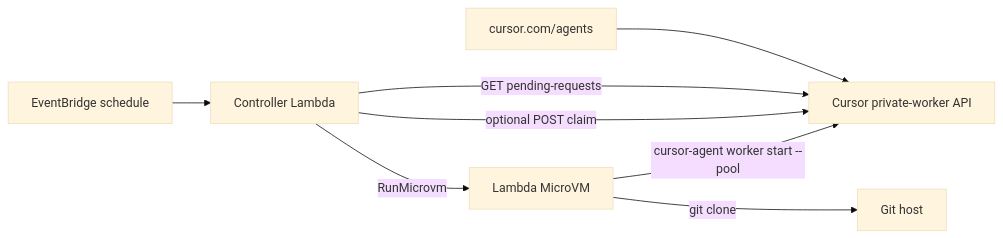
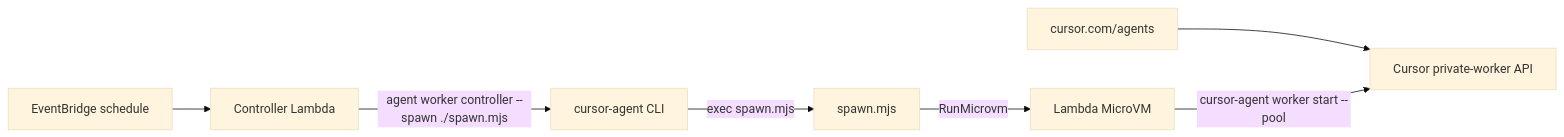
One commit to anysphere/aws-lambda-workers changed the diagram in README.md. Above: the diagram before and after it, drawn with Mermaid (base theme). The commit also changed other lines of this file and 24 other files, not shown here.

First line of the commit message:
Exec agent worker controller --spawn from Lambda

````diff
--- a/README.md
+++ b/README.md
@@ -9,10 +9,9 @@
 ```mermaid
 flowchart LR
   User[cursor.com/agents] --> CursorAPI[Cursor private-worker API]
-  Events[EventBridge schedule] --> Controller[Controller Lambda]
-  Controller -->|GET pending-requests| CursorAPI
-  Controller -->|optional POST claim| CursorAPI
-  Controller -->|RunMicrovm| MicroVM[Lambda MicroVM]
+  Events[EventBridge schedule] --> Lambda[Controller Lambda]
+  Lambda -->|"agent worker controller --spawn ./spawn.mjs"| CLI[cursor-agent CLI]
+  CLI -->|exec spawn.mjs| Spawn[spawn.mjs]
+  Spawn -->|RunMicrovm| MicroVM[Lambda MicroVM]
   MicroVM -->|cursor-agent worker start --pool| CursorAPI
-  MicroVM -->|git clone| Git[Git host]
 ```
````
